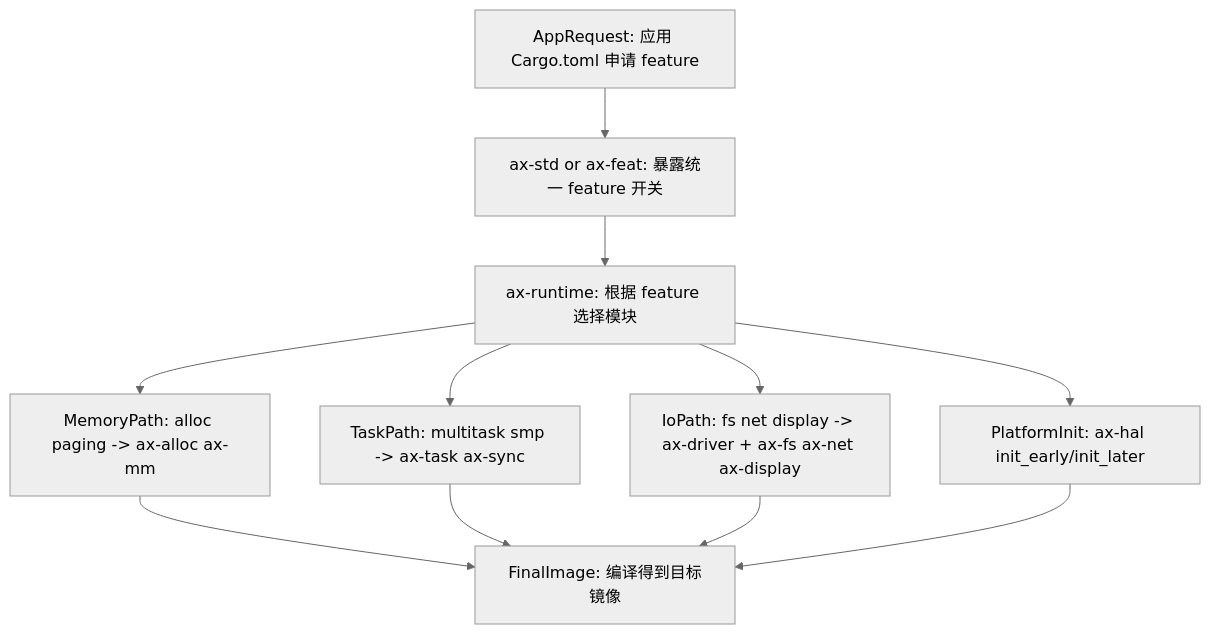
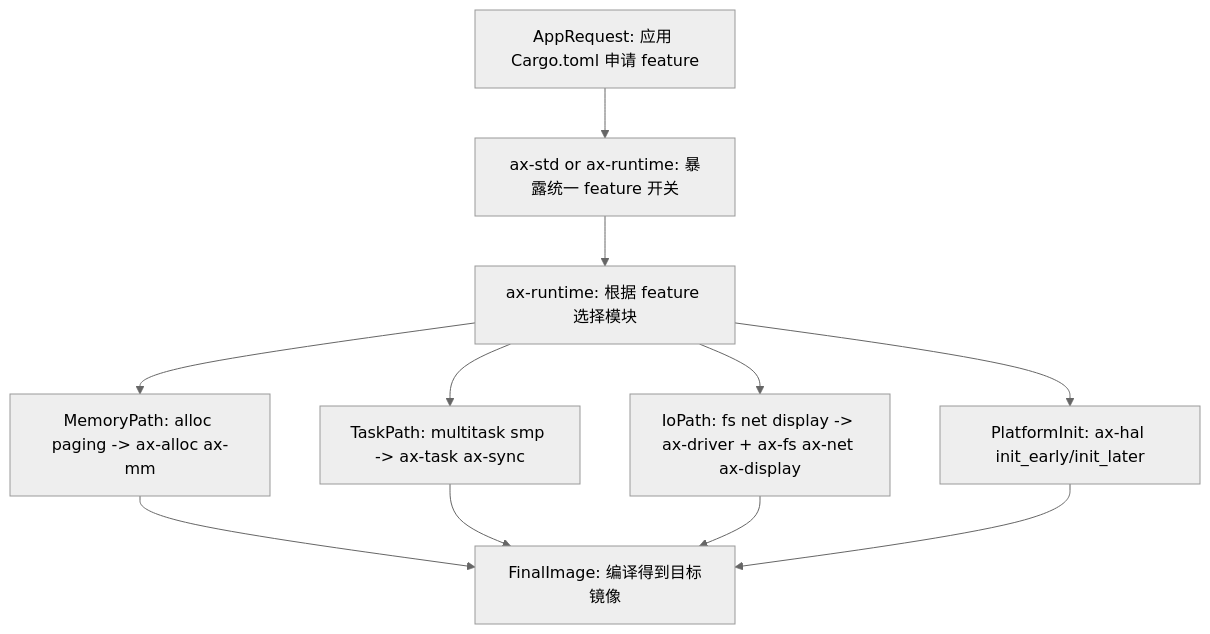
One commit to rcore-os/tgoskits changed the second of 5 diagrams in docs/docs/architecture/arceos.md. Above: the diagram before and after it, drawn with Mermaid (neutral theme). The commit also changed other lines of this file and 189 other files, not shown here.

````diff
--- a/docs/docs/architecture/arceos.md
+++ b/docs/docs/architecture/arceos.md
@@ -131,22 +131,22 @@
 ```mermaid
 flowchart TD
     appRequest["AppRequest: 应用 Cargo.toml 申请 feature"]
-    axstdAxfeat["ax-std or ax-feat: 暴露统一 feature 开关"]
+    axstdAxfeat["ax-std or ax-runtime: 暴露统一 feature 开关"]
     runtimeGate["ax-runtime: 根据 feature 选择模块"]
     memPath["MemoryPath: alloc paging -> ax-alloc ax-mm"]
     taskPath["TaskPath: multitask smp -> ax-task ax-sync"]
     ioPath["IoPath: fs net display -> ax-driver + ax-fs ax-net ax-display"]
     platformInit["PlatformInit: ax-hal init_early/init_later"]
     finalImage["FinalImage: 编译得到目标镜像"]
 
     appRequest --> axstdAxfeat
     axstdAxfeat --> runtimeGate
     runtimeGate --> memPath
     runtimeGate --> taskPath
     runtimeGate --> ioPath
     runtimeGate --> platformInit
     memPath --> finalImage
     taskPath --> finalImage
     ioPath --> finalImage
     platformInit --> finalImage
 ```
````
